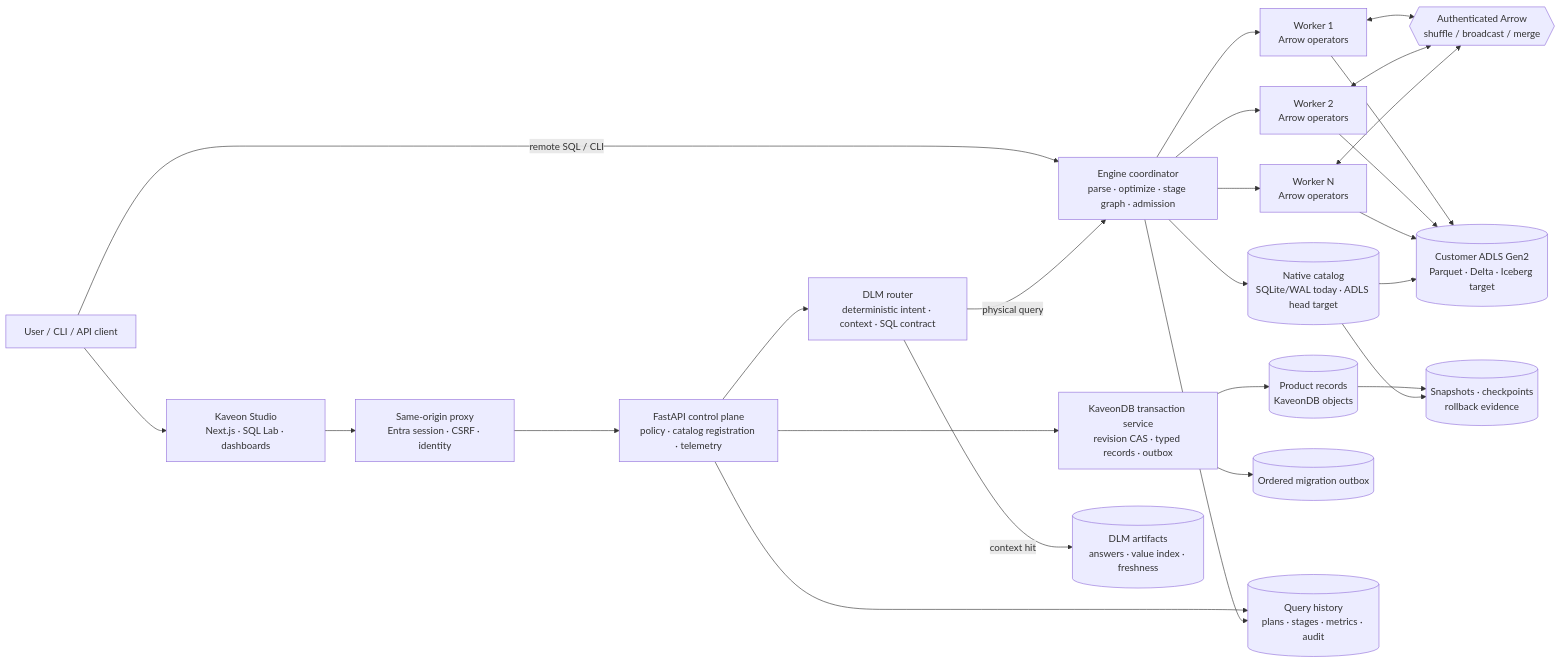
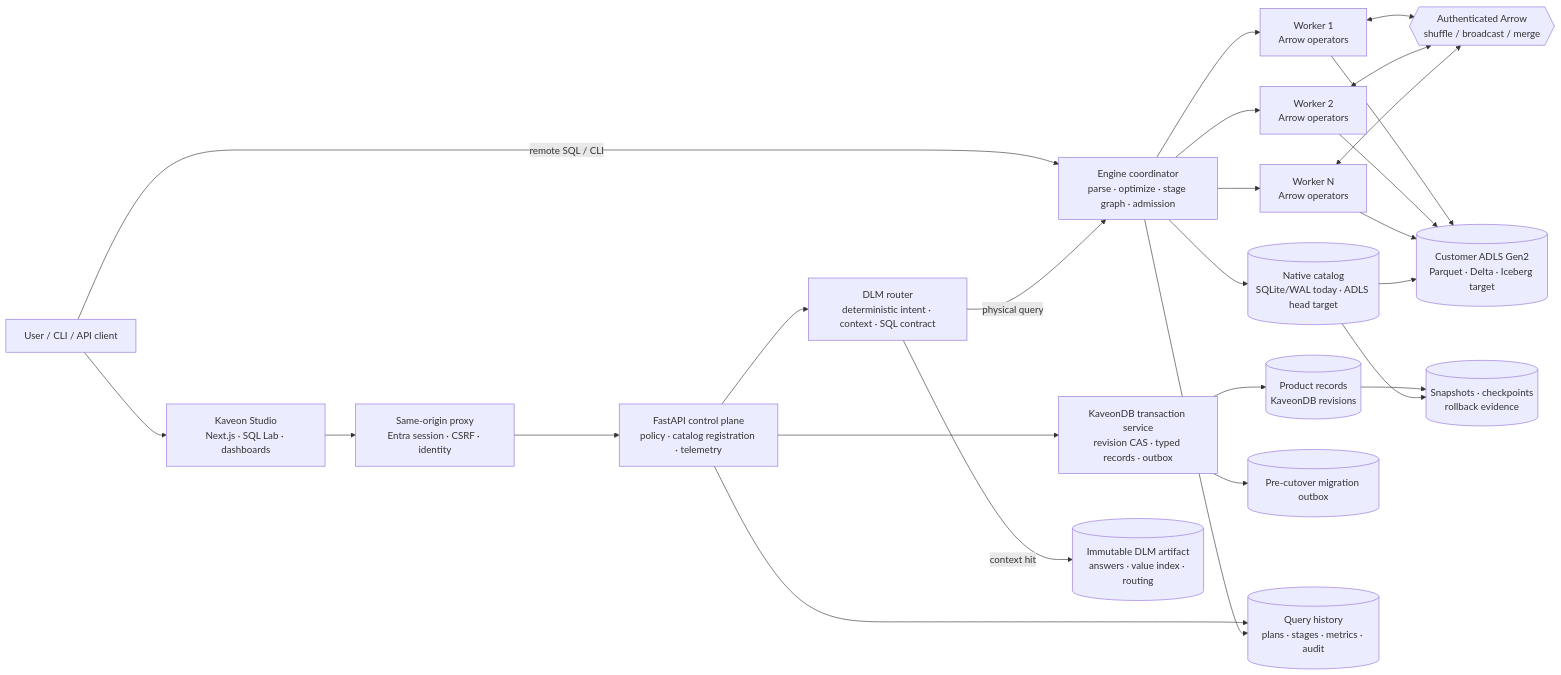
One commit to PruthviProdduturi/Kaveon changed the first of 4 diagrams in docs/reference/kaveon-connected-architecture.md. Above: the diagram before and after it, drawn with Mermaid. The commit also changed other lines of this file and 6 other files, not shown here.

````diff
--- a/docs/reference/kaveon-connected-architecture.md
+++ b/docs/reference/kaveon-connected-architecture.md
@@ -11,39 +11,39 @@
 ```mermaid
 flowchart LR
   User[User / CLI / API client]
   Studio[Kaveon Studio\nNext.js · SQL Lab · dashboards]
   Proxy[Same-origin proxy\nEntra session · CSRF · identity]
   API[FastAPI control plane\npolicy · catalog registration · telemetry]
   DLM[DLM router\ndeterministic intent · context · SQL contract]
   Tx[KaveonDB transaction service\nrevision CAS · typed records · outbox]
   Coord[Engine coordinator\nparse · optimize · stage graph · admission]
   Cat[(Native catalog\nSQLite/WAL today · ADLS head target)]
   W1[Worker 1\nArrow operators]
   W2[Worker 2\nArrow operators]
   WN[Worker N\nArrow operators]
   Exchange{{Authenticated Arrow\nshuffle / broadcast / merge}}
   Lake[(Customer ADLS Gen2\nParquet · Delta · Iceberg target)]
-  Context[(DLM artifacts\nanswers · value index · freshness)]
-  Product[(Product records\nKaveonDB objects)]
-  Outbox[(Ordered migration outbox)]
+  Context[(Immutable DLM artifact\nanswers · value index · routing)]
+  Product[(Product records\nKaveonDB revisions)]
+  Outbox[(Pre-cutover migration outbox)]
   Telemetry[(Query history\nplans · stages · metrics · audit)]
   Recovery[(Snapshots · checkpoints\nrollback evidence)]
 
   User --> Studio
   User -->|remote SQL / CLI| Coord
   Studio --> Proxy --> API
   API --> DLM
   DLM -->|context hit| Context
   DLM -->|physical query| Coord
   API --> Tx --> Product
   Tx --> Outbox
   API --> Telemetry
   Coord --> Cat
   Coord --> W1 & W2 & WN
   W1 & W2 & WN <--> Exchange
   W1 & W2 & WN --> Lake
   Coord --> Telemetry
   Cat --> Lake
   Product --> Recovery
   Cat --> Recovery
 ```
````
